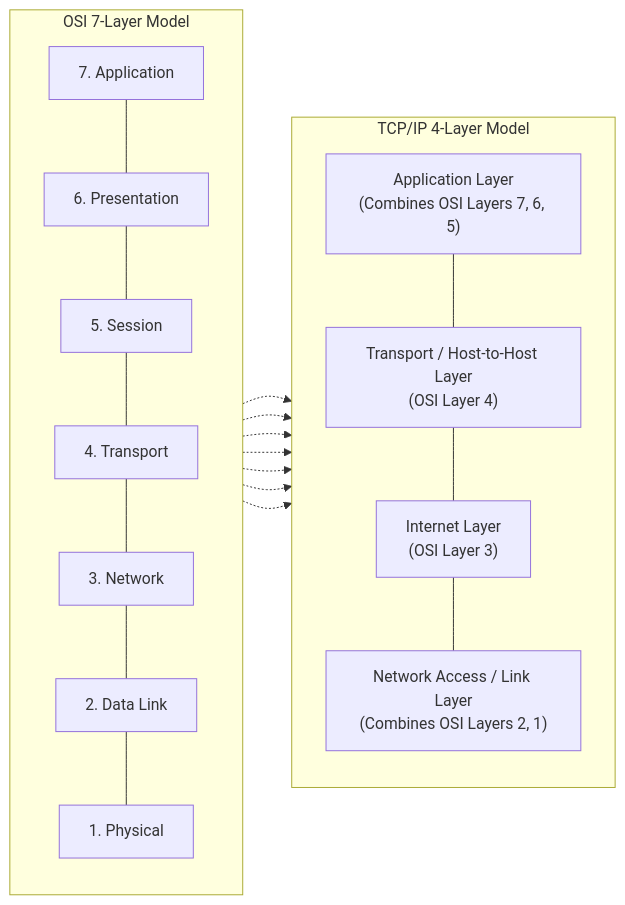
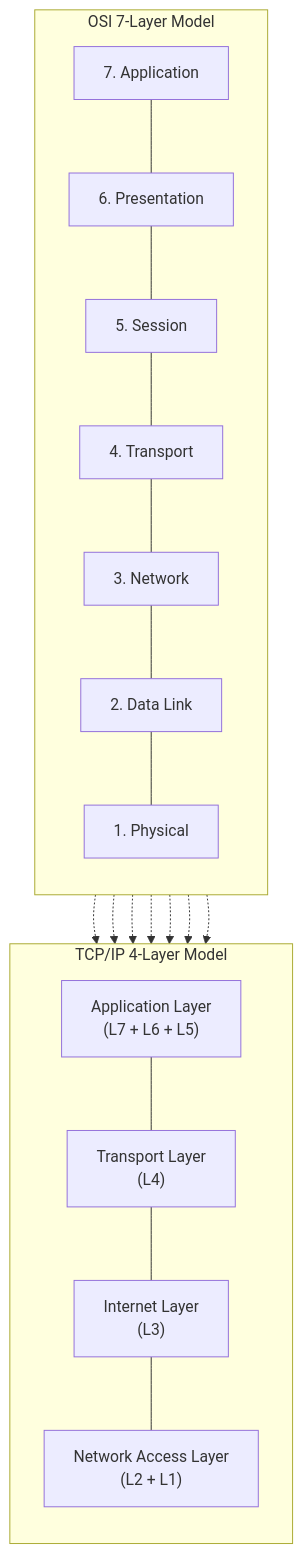
One commit to rohithgowda18/Notes changed the fifth of 5 diagrams in 03-Computer-Networks/OSI-Model-7-Layers.md. Above: the diagram before and after it, drawn with Mermaid. The commit also changed other lines of this file, not shown here.

Commit message:
refactor: compact vertical mermaid diagrams and point-based structured technical explanations for OSI model

````diff
--- a/03-Computer-Networks/OSI-Model-7-Layers.md
+++ b/03-Computer-Networks/OSI-Model-7-Layers.md
@@ -256,31 +392,31 @@
 ```mermaid
-flowchart LR
+flowchart TD
     subgraph OSI["OSI 7-Layer Model"]
         direction TB
         O7["7. Application"]
         O6["6. Presentation"]
         O5["5. Session"]
         O4["4. Transport"]
         O3["3. Network"]
         O2["2. Data Link"]
         O1["1. Physical"]
         O7 --- O6 --- O5 --- O4 --- O3 --- O2 --- O1
     end
 
     subgraph TCPIP["TCP/IP 4-Layer Model"]
         direction TB
-        T4["Application Layer<br/>(Combines OSI Layers 7, 6, 5)"]
-        T3["Transport / Host-to-Host Layer<br/>(OSI Layer 4)"]
-        T2["Internet Layer<br/>(OSI Layer 3)"]
-        T1["Network Access / Link Layer<br/>(Combines OSI Layers 2, 1)"]
+        T4["Application Layer<br/>(L7 + L6 + L5)"]
+        T3["Transport Layer<br/>(L4)"]
+        T2["Internet Layer<br/>(L3)"]
+        T1["Network Access Layer<br/>(L2 + L1)"]
         T4 --- T3 --- T2 --- T1
     end
 
     O7 -.-> T4
     O6 -.-> T4
     O5 -.-> T4
     O4 -.-> T3
     O3 -.-> T2
     O2 -.-> T1
     O1 -.-> T1
 ```
````
